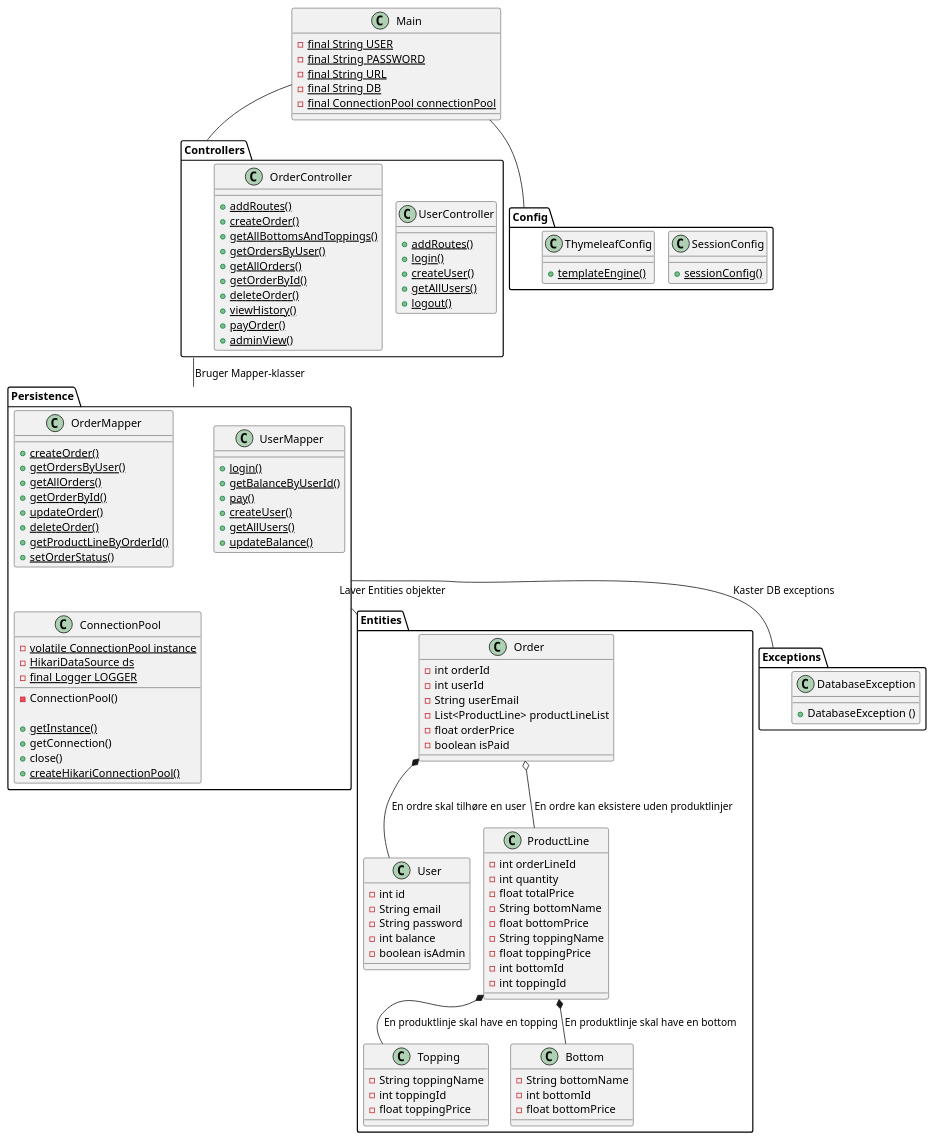
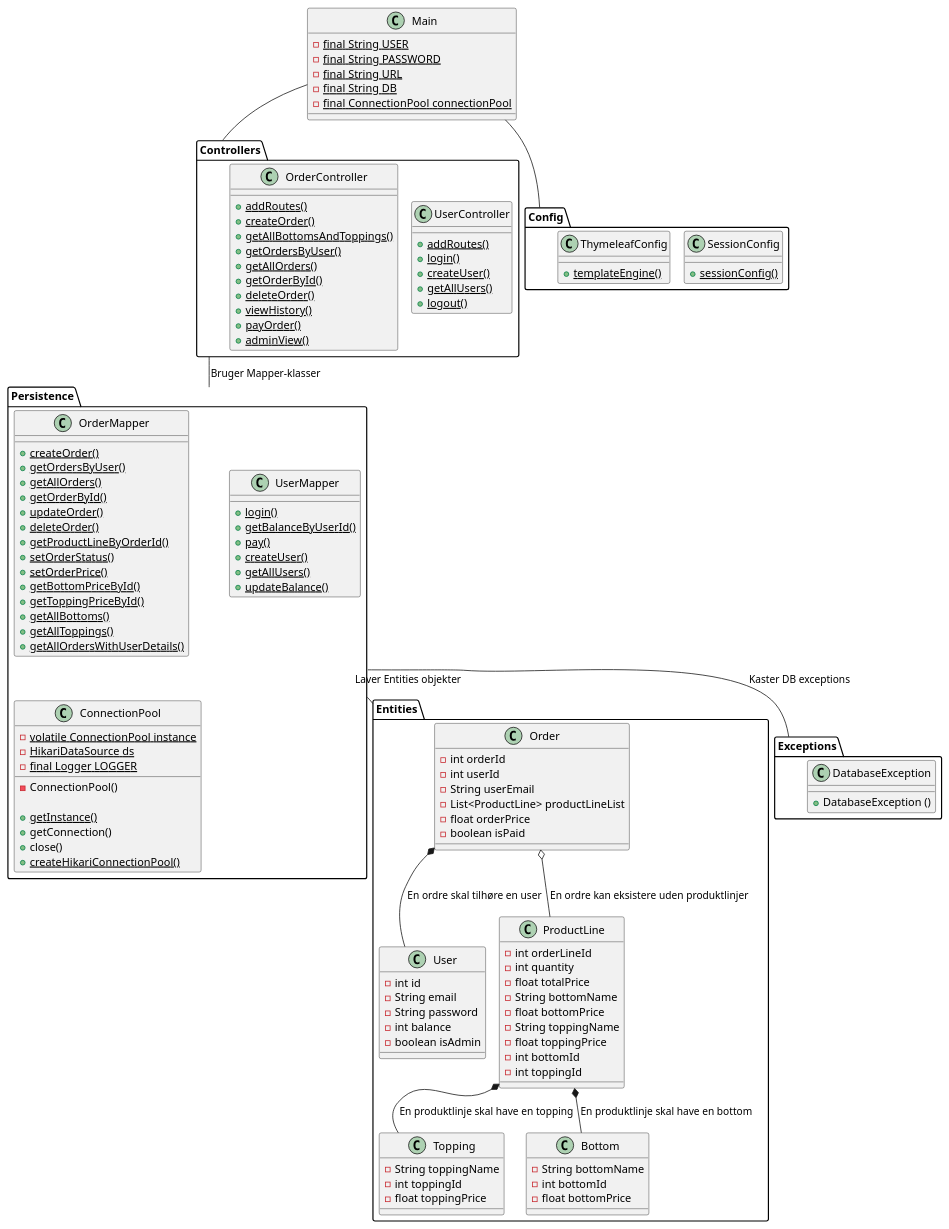
The diagram in Docs/ClassDiagram.puml (NightOwl-M/Cupcake-projekt), drawn with PlantUML before and after one commit. The commit also changed 3 other files, not shown here.

Commit message:
ordrepris og productline pris gemmes nu i DB. rettelser til klassediagram

```diff
--- a/Docs/ClassDiagram.puml
+++ b/Docs/ClassDiagram.puml
@@ -1,142 +1,149 @@
 @startuml
 !pragma Layout smetana
 
     class Main {
     - {static} final String USER
     - {static} final String PASSWORD
     - {static} final String URL
     - {static} final String DB
     - {static} final ConnectionPool connectionPool
     }
 
 package "Entities" {
     class Topping {
     - String toppingName
     - int toppingId
     - float toppingPrice
     }
 
     class Bottom {
     - String bottomName
     - int bottomId
     - float bottomPrice
     }
 
     class User {
     - int id
     - String email
     - String password
     - int balance
     - boolean isAdmin
     }
 
     class ProductLine {
     - int orderLineId
     - int quantity
     - float totalPrice
     - String bottomName
     - float bottomPrice
     - String toppingName
     - float toppingPrice
     - int bottomId
     - int toppingId
     }
 
     class Order {
     - int orderId
     - int userId
     - String userEmail
     - List<ProductLine> productLineList
     - float orderPrice
     - boolean isPaid
     }
 }
 
 
 package "Persistence" {
     class OrderMapper {
     + {static} createOrder()
     + {static} getOrdersByUser()
     + {static} getAllOrders()
     + {static} getOrderById()
     + {static} updateOrder()
     + {static} deleteOrder()
     + {static} getProductLineByOrderId()
     + {static} setOrderStatus()
+    + {static} setOrderPrice()
+    + {static} getBottomPriceById()
+    + {static} getToppingPriceById()
+    + {static} getAllBottoms()
+    + {static} getAllToppings()
+    + {static} getAllOrdersWithUserDetails()
+
     }
 class UserMapper {
     + {static} login()
     + {static} getBalanceByUserId()
     + {static} pay()
     + {static} createUser()
     + {static} getAllUsers()
     + {static} updateBalance()
     }
 
     class ConnectionPool {
         - {static} volatile ConnectionPool instance
         - {static} HikariDataSource ds
         - {static} final Logger LOGGER
 
         - ConnectionPool()
 
         + {static} getInstance()
         + getConnection()
         + close()
         + {static} createHikariConnectionPool()
         }
 }
 
 
 package "Controllers" {
     class UserController {
     + {static} addRoutes()
     + {static} login()
     + {static} createUser()
     + {static} getAllUsers()
     + {static} logout()
     }
 
     class OrderController {
     + {static} addRoutes()
     + {static} createOrder()
     + {static} getAllBottomsAndToppings()
     + {static} getOrdersByUser()
     + {static} getAllOrders()
     + {static} getOrderById()
     + {static} deleteOrder()
     + {static} viewHistory()
     + {static} payOrder()
     + {static} adminView()
     }
 }
 package "Config" {
     class SessionConfig {
      + {static} sessionConfig()
      }
     class ThymeleafConfig{
     + {static} templateEngine()
     }
 }
 
 package "Exceptions" {
      class DatabaseException {
      + DatabaseException ()
       }
 }
 
 'Entitet relationer
 Order *-- User: "En ordre skal tilhøre en user"
 Order o-- ProductLine: "En ordre kan eksistere uden produktlinjer"
 ProductLine *-- Topping: "En produktlinje skal have en topping"
 ProductLine *-- Bottom: "En produktlinje skal have en bottom"
 
 Main -- "Controllers"
 Main -- "Config"
 "Persistence" -- "Entities": Laver Entities objekter
 "Controllers" -- "Persistence": Bruger Mapper-klasser
 "Persistence" -- "Exceptions": Kaster DB exceptions
 
 
 
 @enduml
```
